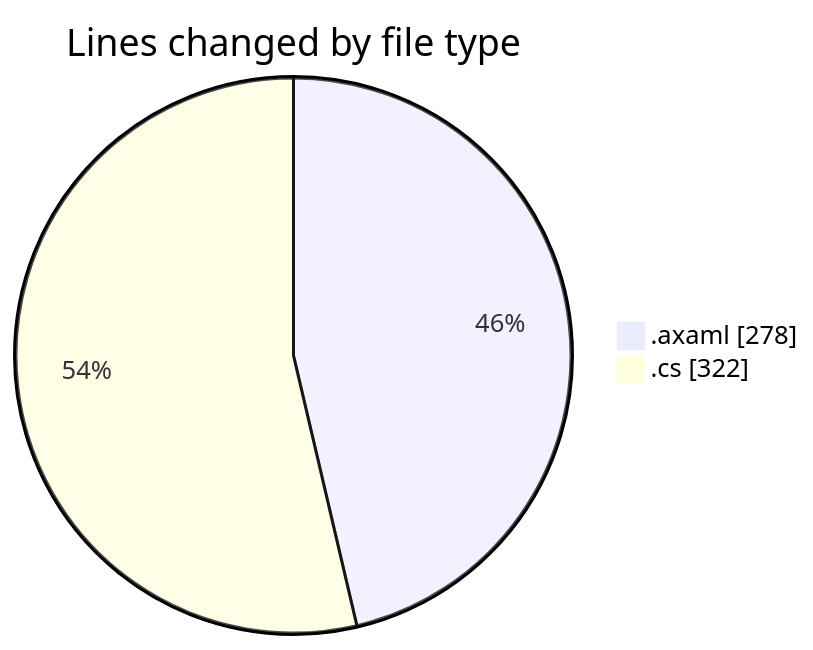
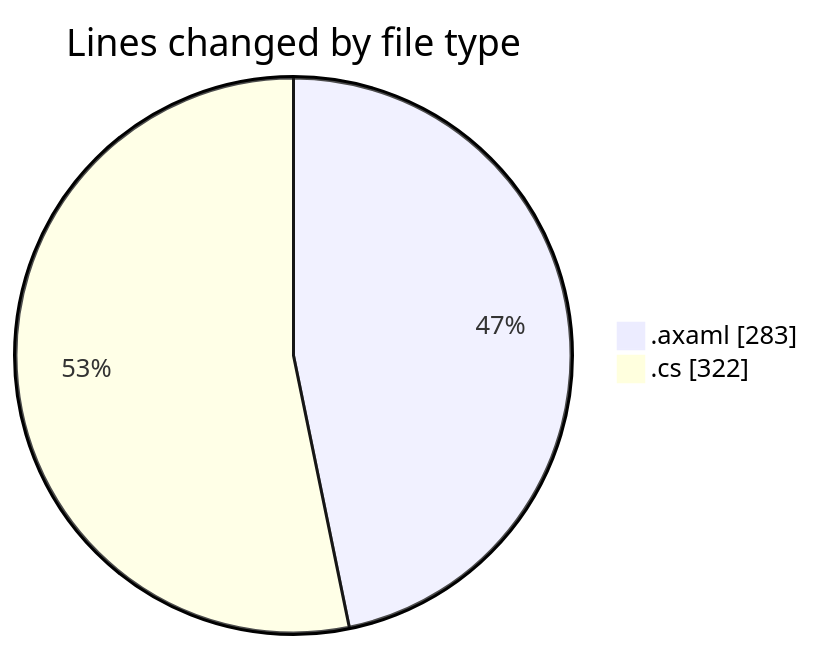
Before and after one commit to Netris89/code-tracking: the first of 2 diagrams in 2025-10-30/skintrack/README.md, drawn with Mermaid. The commit also changed other lines of this file and 1 other file, not shown here.

````diff
--- a/2025-10-30/skintrack/README.md
+++ b/2025-10-30/skintrack/README.md
@@ -29,6 +29,6 @@
 ```mermaid
 pie showData
 title Lines changed by file type
-".axaml" : 278
+".axaml" : 283
 ".cs" : 322
 ```
````
